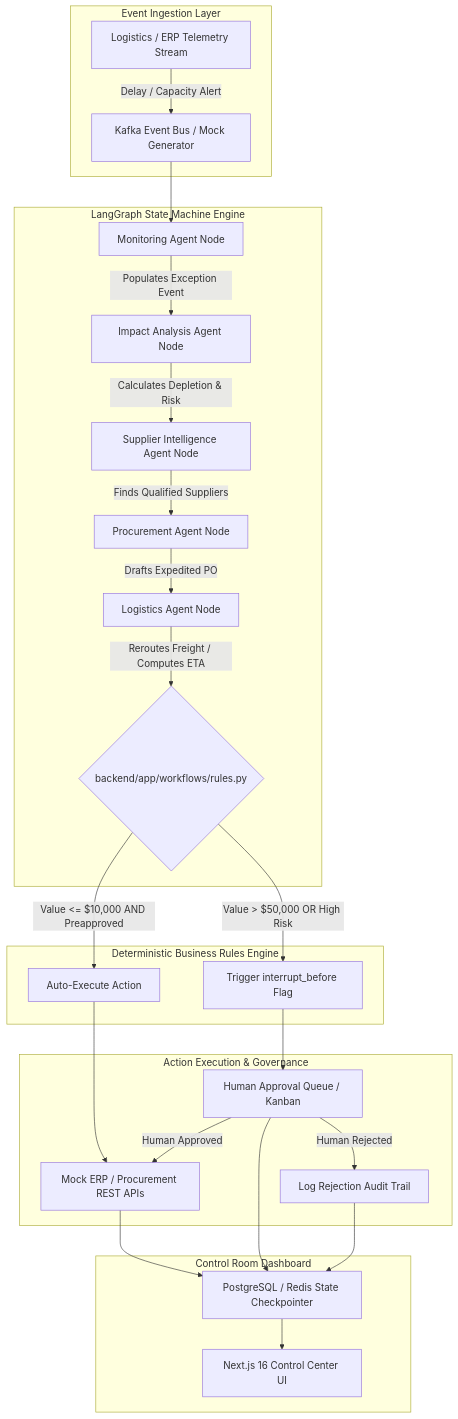
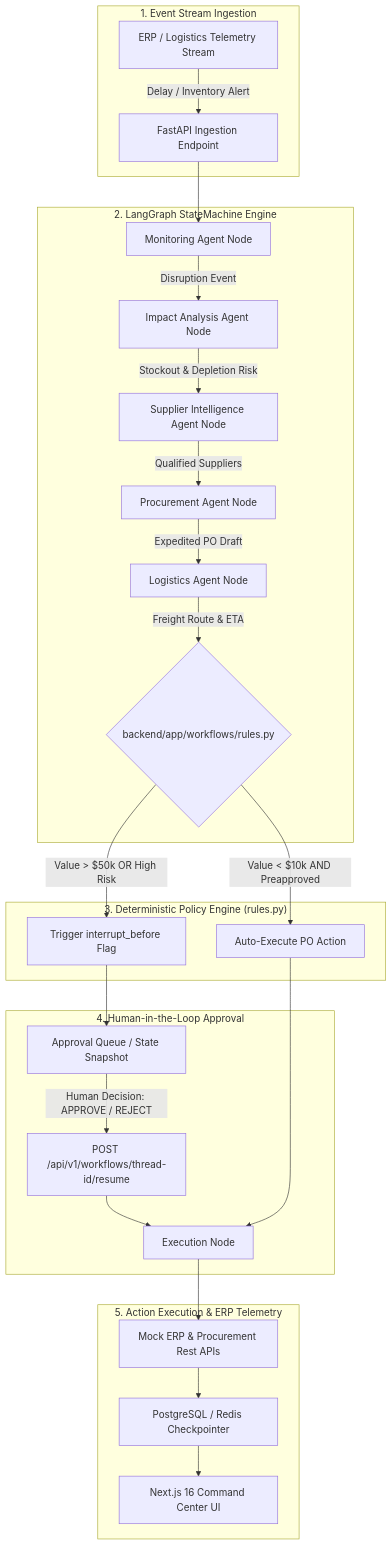
The diagram in README.md (dilukshashamal/orchestrate-agent), drawn with Mermaid before and after one commit. The commit also changed other lines of this file and 33 other files, not shown here.

````diff
--- a/README.md
+++ b/README.md
@@ -24,33 +18,34 @@
 ```mermaid
-flowchart TD
-    subgraph Ingestion ["Event Ingestion Layer"]
-        A[Logistics / ERP Telemetry Stream] -->|Delay / Capacity Alert| B[Kafka Event Bus / Mock Generator]
+flowchart TB
+    subgraph Ingestion ["1. Event Stream Ingestion"]
+        A[ERP / Logistics Telemetry Stream] -->|Delay / Inventory Alert| B[FastAPI Ingestion Endpoint]
     end
 
-    subgraph LangGraphEngine ["LangGraph State Machine Engine"]
+    subgraph LangGraphEngine ["2. LangGraph StateMachine Engine"]
         B --> C[Monitoring Agent Node]
-        C -->|Populates Exception Event| D[Impact Analysis Agent Node]
-        D -->|Calculates Depletion & Risk| E[Supplier Intelligence Agent Node]
-        E -->|Finds Qualified Suppliers| F[Procurement Agent Node]
-        F -->|Drafts Expedited PO| G[Logistics Agent Node]
-        G -->|Reroutes Freight / Computes ETA| H[Deterministic Policy Engine]
+        C -->|Disruption Event| D[Impact Analysis Agent Node]
+        D -->|Stockout & Depletion Risk| E[Supplier Intelligence Agent Node]
+        E -->|Qualified Suppliers| F[Procurement Agent Node]
+        F -->|Expedited PO Draft| G[Logistics Agent Node]
+        G -->|Freight Route & ETA| H[Deterministic Policy Engine]
     end
 
-    subgraph PolicyEngine ["Deterministic Business Rules Engine"]
+    subgraph PolicyEngine ["3. Deterministic Policy Engine (rules.py)"]
         H{backend/app/workflows/rules.py}
-        H -->|Value <= $10,000 AND Preapproved| I[Auto-Execute Action]
-        H -->|Value > $50,000 OR High Risk| J[Trigger interrupt_before Flag]
+        H -->|Value < $10k AND Preapproved| I[Auto-Execute PO Action]
+        H -->|Value > $50k OR High Risk| J[Trigger interrupt_before Flag]
     end
 
-    subgraph ExecutionLayer ["Action Execution & Governance"]
-        I --> K[Mock ERP / Procurement REST APIs]
-        J --> L[Human Approval Queue / Kanban]
-        L -->|Human Approved| K
-        L -->|Human Rejected| M[Log Rejection Audit Trail]
+    subgraph HumanApproval ["4. Human-in-the-Loop Approval"]
+        J --> K[Approval Queue / State Snapshot]
+        K -->|Human Decision: APPROVE / REJECT| L[POST /api/v1/workflows/thread-id/resume]
+        L --> M[Execution Node]
     end
 
-    subgraph TelemetryDashboard ["Control Room Dashboard"]
-        K & L & M --> N[PostgreSQL / Redis State Checkpointer]
-        N --> O[Next.js 16 Control Center UI]
+    subgraph ExecutionLayer ["5. Action Execution & ERP Telemetry"]
+        I --> M
+        M --> N[Mock ERP & Procurement Rest APIs]
+        N --> O[PostgreSQL / Redis Checkpointer]
+        O --> P[Next.js 16 Command Center UI]
     end
 ```
````
